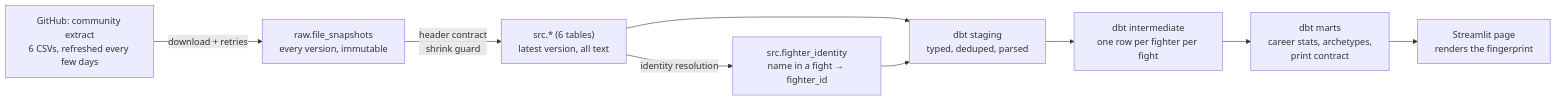
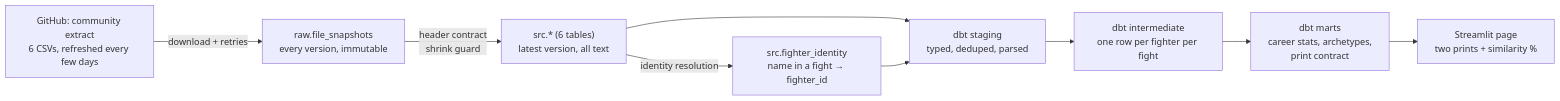
The diagram in README.md (jesthanpham/fighterprints), drawn with Mermaid before and after one commit. The commit also changed other lines of this file and 11 other files, not shown here.

First line of the commit message:
feat: similarity score; site shows only the prints and the score

````diff
--- a/README.md
+++ b/README.md
@@ -30,11 +30,11 @@
 ```mermaid
 flowchart LR
     GH["GitHub: community extract<br/>6 CSVs, refreshed every few days"] -->|download + retries| RAW["raw.file_snapshots<br/>every version, immutable"]
     RAW -->|header contract<br/>shrink guard| SRC["src.* (6 tables)<br/>latest version, all text"]
     SRC -->|identity resolution| ID["src.fighter_identity<br/>name in a fight → fighter_id"]
     SRC --> STG
     ID --> STG["dbt staging<br/>typed, deduped, parsed"]
     STG --> INT["dbt intermediate<br/>one row per fighter per fight"]
     INT --> MARTS["dbt marts<br/>career stats, archetypes,<br/>print contract"]
-    MARTS --> APP["Streamlit page<br/>renders the fingerprint"]
+    MARTS --> APP["Streamlit page<br/>two prints + similarity %"]
 ```
````
